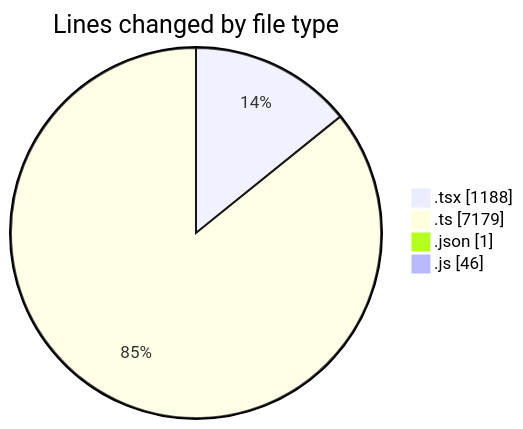
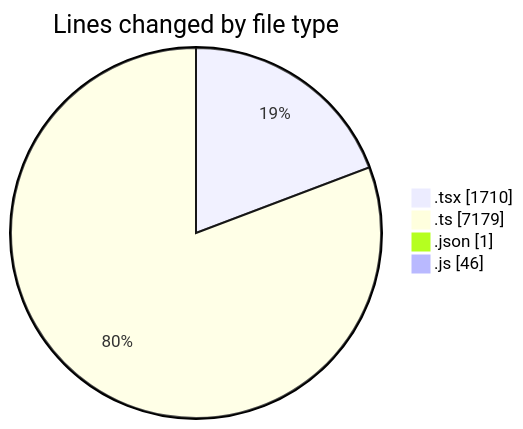
One commit to momahboobian/code-tracking changed the first of 2 diagrams in 2026-09-17/cda/README.md. Above: the diagram before and after it, drawn with Mermaid. The commit also changed other lines of this file and 1 other file, not shown here.

````diff
--- a/2026-09-17/cda/README.md
+++ b/2026-09-17/cda/README.md
@@ -40,8 +40,8 @@
 ```mermaid
 pie showData
 title Lines changed by file type
-".tsx" : 1188
+".tsx" : 1710
 ".ts" : 7179
 ".json" : 1
 ".js" : 46
 ```
````
